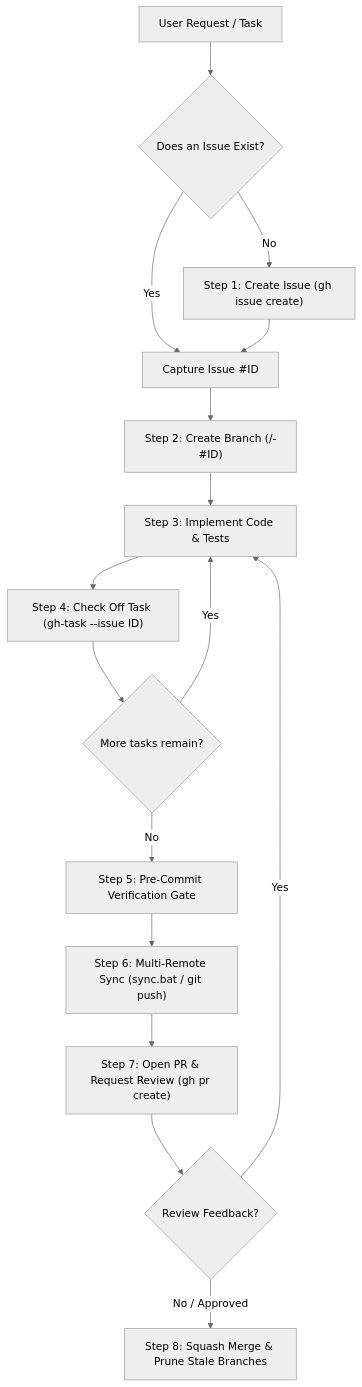
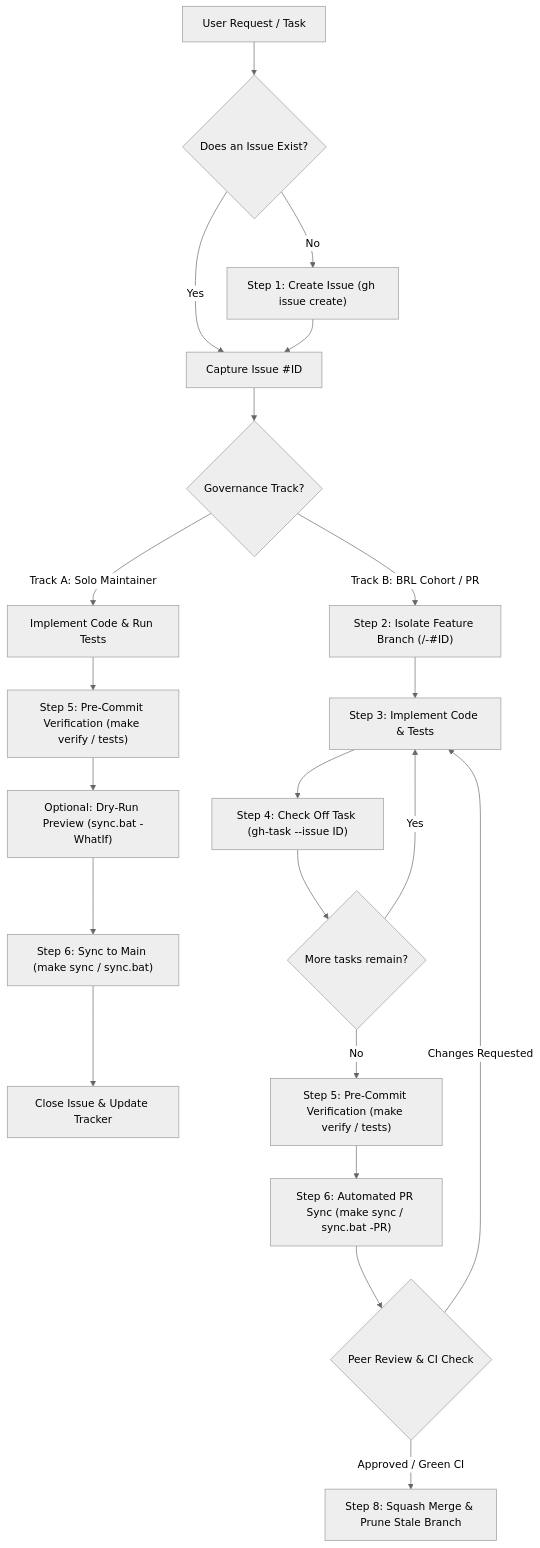
The diagram in tools/skills/github-workflow/SKILL.md (Aaradhya-Dev-Tamrakar/brainstorm), drawn with Mermaid (neutral theme) before and after one commit. The commit also changed other lines of this file and 10 other files, not shown here.

Commit message:
feat(skills): update github-workflow skill to v1.2.0 with makefile and root-decluttering architecture

````diff
--- a/tools/skills/github-workflow/SKILL.md
+++ b/tools/skills/github-workflow/SKILL.md
@@ -41,18 +48,28 @@
 ```mermaid
 flowchart TD
-    Start["User Request / Task"] --> Check{"Does an Issue Exist?"}
-    Check -- No --> CreateIssue["Step 1: Create Issue (gh issue create)"]
-    Check -- Yes --> GetIssue["Capture Issue #ID"]
+    Start["User Request / Task"] --> CheckIssue{"Does an Issue Exist?"}
+    CheckIssue -- No --> CreateIssue["Step 1: Create Issue (gh issue create)"]
+    CheckIssue -- Yes --> GetIssue["Capture Issue #ID"]
     CreateIssue --> GetIssue
-    GetIssue --> Branch["Step 2: Create Branch (<type>/<slug>-#ID)"]
-    Branch --> Code["Step 3: Implement Code & Tests"]
-    Code --> Track["Step 4: Check Off Task (gh-task --issue ID)"]
+    
+    GetIssue --> TrackChoice{"Governance Track?"}
+    
+    %% Track A: Solo Maintainer Velocity Bridge
+    TrackChoice -- "Track A: Solo Maintainer" --> CodeA["Implement Code & Run Tests"]
+    CodeA --> VerifyA["Step 5: Pre-Commit Verification (make verify / tests)"]
+    VerifyA --> PreviewA["Optional: Dry-Run Preview (sync.bat -WhatIf)"]
+    PreviewA --> SyncA["Step 6: Sync to Main (make sync / sync.bat)"]
+    SyncA --> DoneA["Close Issue & Update Tracker"]
+    
+    %% Track B: BRL Cohort & Contributor Standard
+    TrackChoice -- "Track B: BRL Cohort / PR" --> Branch["Step 2: Isolate Feature Branch (<type>/<slug>-#ID)"]
+    Branch --> CodeB["Step 3: Implement Code & Tests"]
+    CodeB --> Track["Step 4: Check Off Task (gh-task --issue ID)"]
     Track --> More{"More tasks remain?"}
-    More -- Yes --> Code
-    More -- No --> Verify["Step 5: Pre-Commit Verification Gate"]
-    Verify --> Sync["Step 6: Multi-Remote Sync (sync.bat / git push)"]
-    Sync --> PR["Step 7: Open PR & Request Review (gh pr create)"]
-    PR --> Review{"Review Feedback?"}
-    Review -- Yes --> Code
-    Review -- No / Approved --> Merge["Step 8: Squash Merge & Prune Stale Branches"]
+    More -- Yes --> CodeB
+    More -- No --> VerifyB["Step 5: Pre-Commit Verification (make verify / tests)"]
+    VerifyB --> PRSync["Step 6: Automated PR Sync (make sync / sync.bat -PR)"]
+    PRSync --> Review{"Peer Review & CI Check"}
+    Review -- Changes Requested --> CodeB
+    Review -- Approved / Green CI --> Merge["Step 8: Squash Merge & Prune Stale Branch"]
 ```
````
